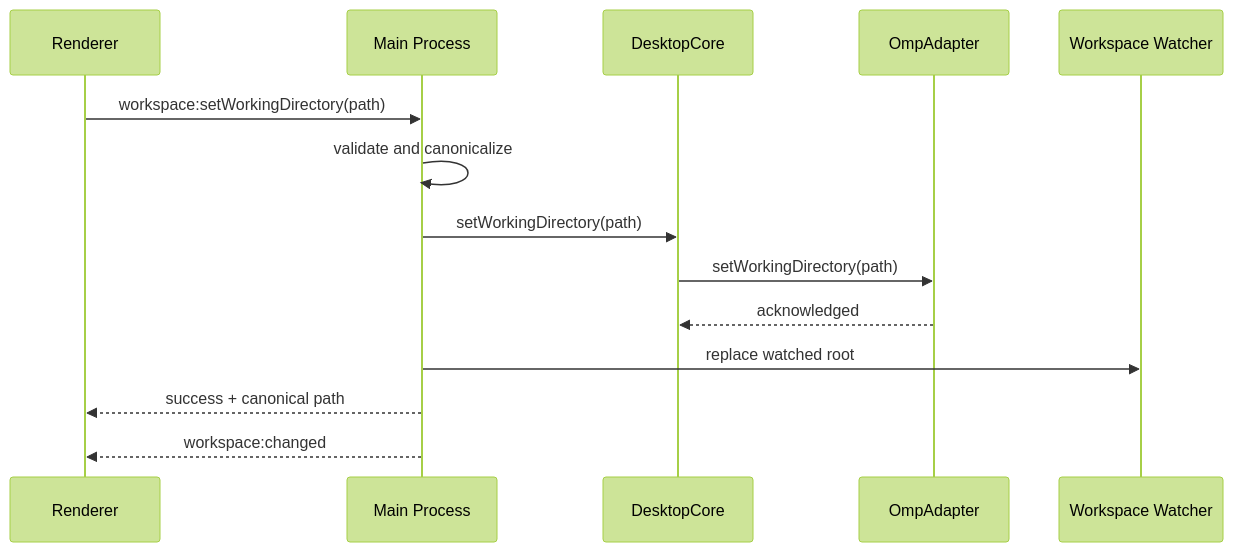
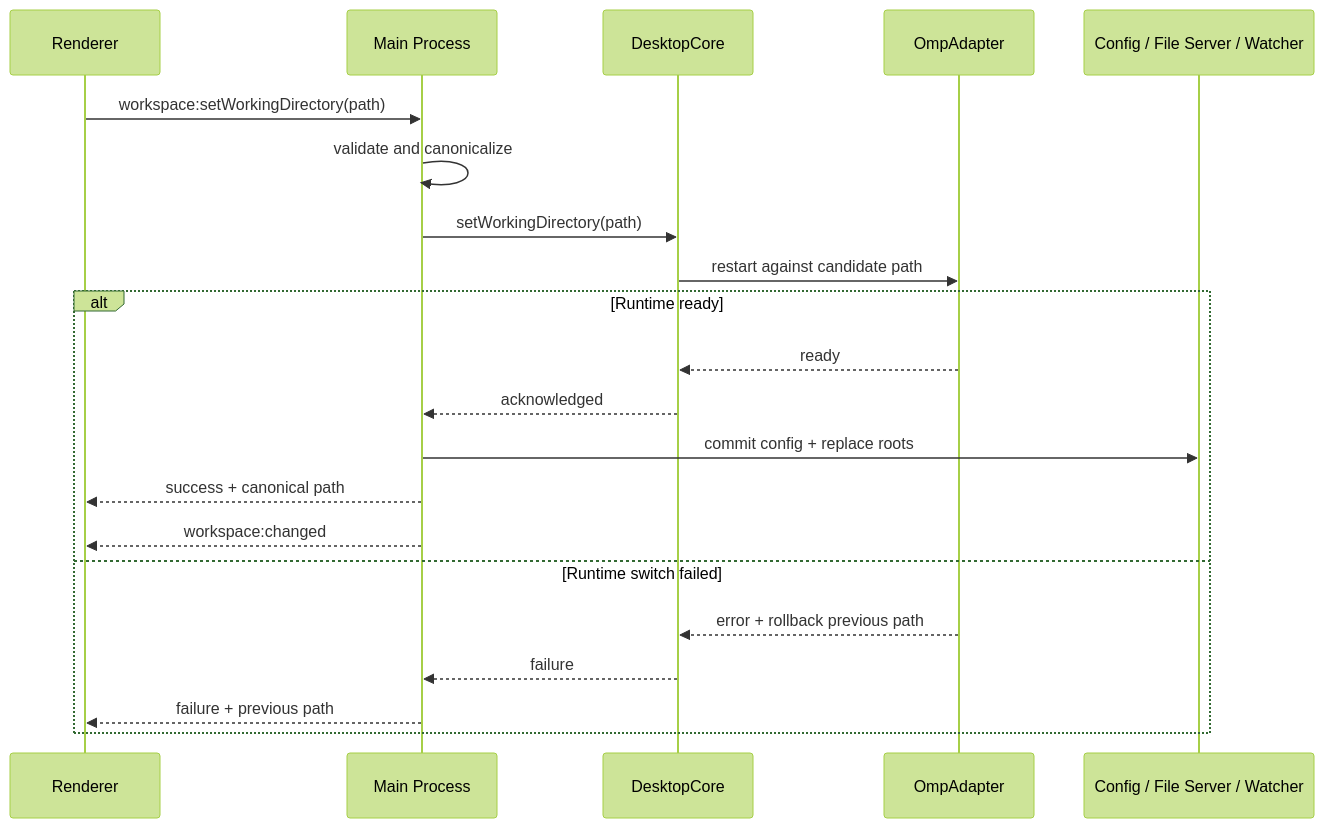
One commit to novvoo/mastery changed diagram 12 of 16 in docs/architecture.md. Above: the diagram before and after it, drawn with Mermaid (forest theme). The commit also changed other lines of this file and 17 other files, not shown here.

Commit message:
Align desktop architecture and message turns

````diff
--- a/docs/architecture.md
+++ b/docs/architecture.md
@@ -371,17 +521,24 @@
 ```mermaid
 sequenceDiagram
   participant UI as Renderer
   participant Main as Main Process
   participant Core as DesktopCore
   participant OMP as OmpAdapter
-  participant Watcher as Workspace Watcher
+  participant Local as Config / File Server / Watcher
 
   UI->>Main: workspace:setWorkingDirectory(path)
   Main->>Main: validate and canonicalize
   Main->>Core: setWorkingDirectory(path)
-  Core->>OMP: setWorkingDirectory(path)
-  OMP-->>Core: acknowledged
-  Main->>Watcher: replace watched root
-  Main-->>UI: success + canonical path
-  Main-->>UI: workspace:changed
+  Core->>OMP: restart against candidate path
+  alt Runtime ready
+    OMP-->>Core: ready
+    Core-->>Main: acknowledged
+    Main->>Local: commit config + replace roots
+    Main-->>UI: success + canonical path
+    Main-->>UI: workspace:changed
+  else Runtime switch failed
+    OMP-->>Core: error + rollback previous path
+    Core-->>Main: failure
+    Main-->>UI: failure + previous path
+  end
 ```
````
